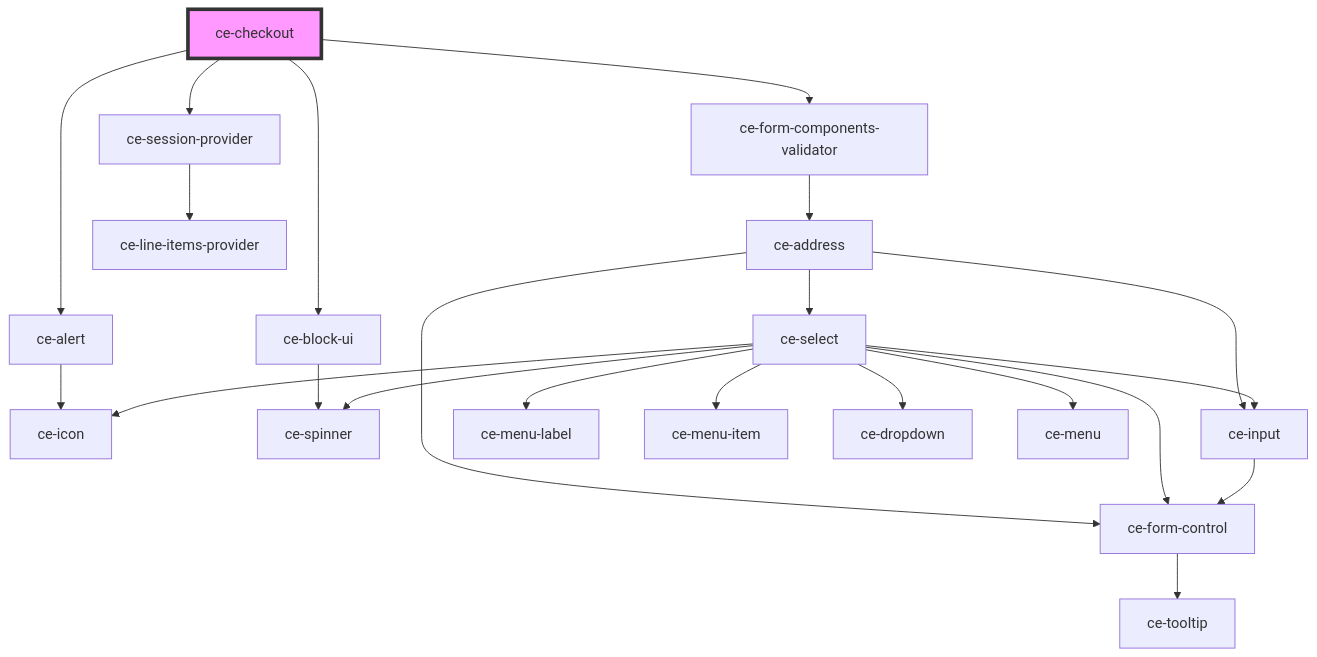
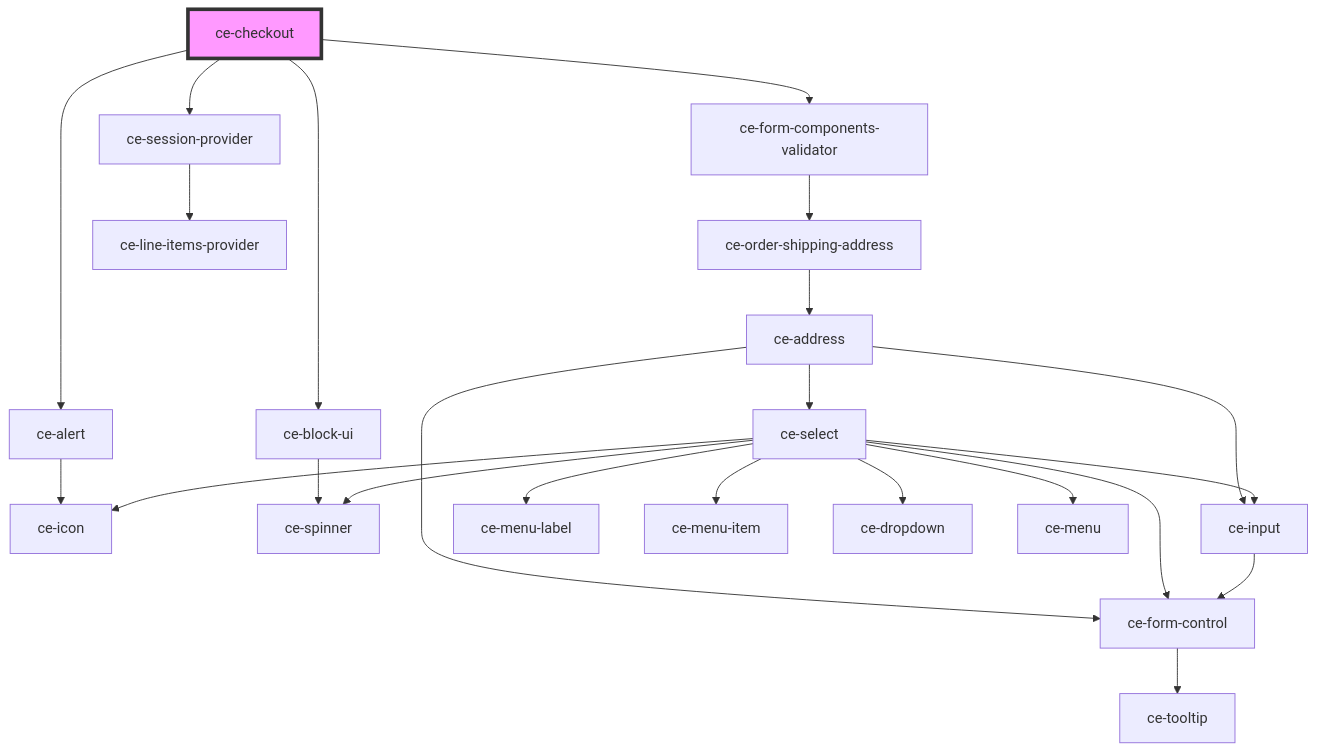
Before and after one commit to surecart/surecart-wp-plugin: the diagram in packages/components/src/components/controllers/checkout/readme.md, drawn with Mermaid. The commit also changed 9 other files, not shown here.

````diff
--- a/packages/components/src/components/controllers/checkout/readme.md
+++ b/packages/components/src/components/controllers/checkout/readme.md
@@ -35,25 +35,26 @@
 ```mermaid
 graph TD;
   ce-checkout --> ce-alert
   ce-checkout --> ce-block-ui
   ce-checkout --> ce-form-components-validator
   ce-checkout --> ce-session-provider
   ce-alert --> ce-icon
   ce-block-ui --> ce-spinner
-  ce-form-components-validator --> ce-address
+  ce-form-components-validator --> ce-order-shipping-address
+  ce-order-shipping-address --> ce-address
   ce-address --> ce-form-control
   ce-address --> ce-select
   ce-address --> ce-input
   ce-form-control --> ce-tooltip
   ce-select --> ce-menu-label
   ce-select --> ce-menu-item
   ce-select --> ce-form-control
   ce-select --> ce-dropdown
   ce-select --> ce-icon
   ce-select --> ce-input
   ce-select --> ce-spinner
   ce-select --> ce-menu
   ce-input --> ce-form-control
   ce-session-provider --> ce-line-items-provider
   style ce-checkout fill:#f9f,stroke:#333,stroke-width:4px
 ```
````
